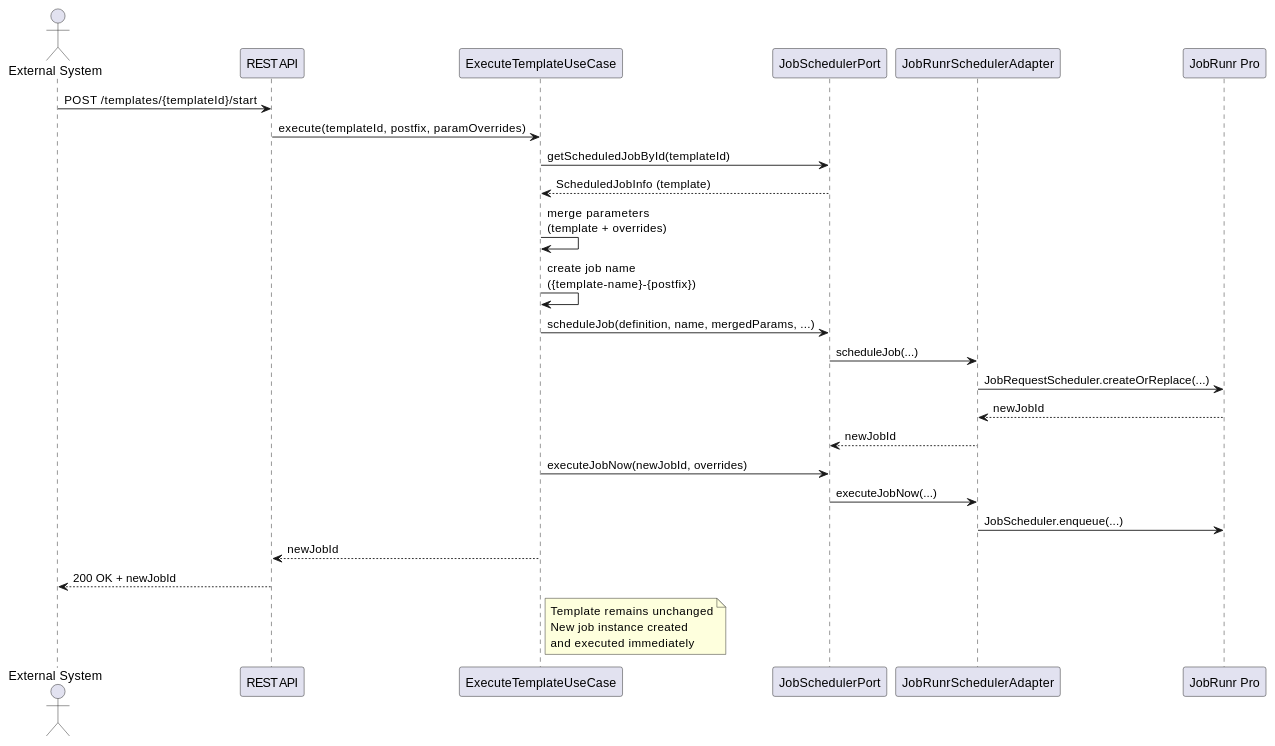
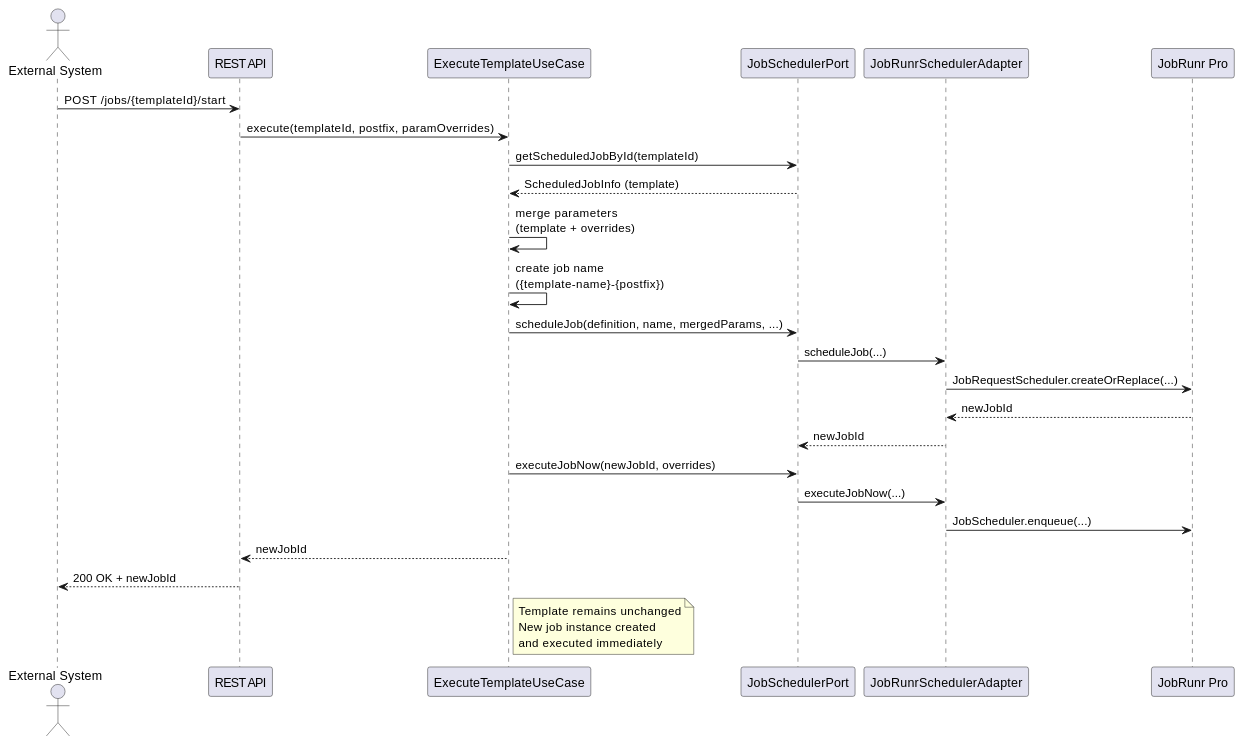
One commit to css-ch/jobrunr-control changed the sixth of 7 diagrams in docs/arc42.adoc. Above: the diagram before and after it, drawn with PlantUML. The commit also changed other lines of this file and 42 other files, not shown here.

```diff
--- a/docs/arc42.adoc
+++ b/docs/arc42.adoc
@@ -638,39 +667,39 @@
 [plantuml,template-execution,svg]
 ----
 @startuml
 actor "External System" as external
 participant "REST API" as api
 participant "ExecuteTemplateUseCase" as usecase
 participant "JobSchedulerPort" as port
 participant "JobRunrSchedulerAdapter" as adapter
 participant "JobRunr Pro" as jobrunr
 
-external -> api: POST /templates/{templateId}/start
+external -> api: POST /jobs/{templateId}/start
 api -> usecase: execute(templateId, postfix, paramOverrides)
 usecase -> port: getScheduledJobById(templateId)
 port --> usecase: ScheduledJobInfo (template)
 
 usecase -> usecase: merge parameters\n(template + overrides)
 usecase -> usecase: create job name\n({template-name}-{postfix})
 
 usecase -> port: scheduleJob(definition, name, mergedParams, ...)
 port -> adapter: scheduleJob(...)
 adapter -> jobrunr: JobRequestScheduler.createOrReplace(...)
 jobrunr --> adapter: newJobId
 adapter --> port: newJobId
 
 usecase -> port: executeJobNow(newJobId, overrides)
 port -> adapter: executeJobNow(...)
 adapter -> jobrunr: JobScheduler.enqueue(...)
 
 usecase --> api: newJobId
 api --> external: 200 OK + newJobId
 
 note right of usecase
   Template remains unchanged
   New job instance created
   and executed immediately
 end note
 
 @enduml
 ----
```
